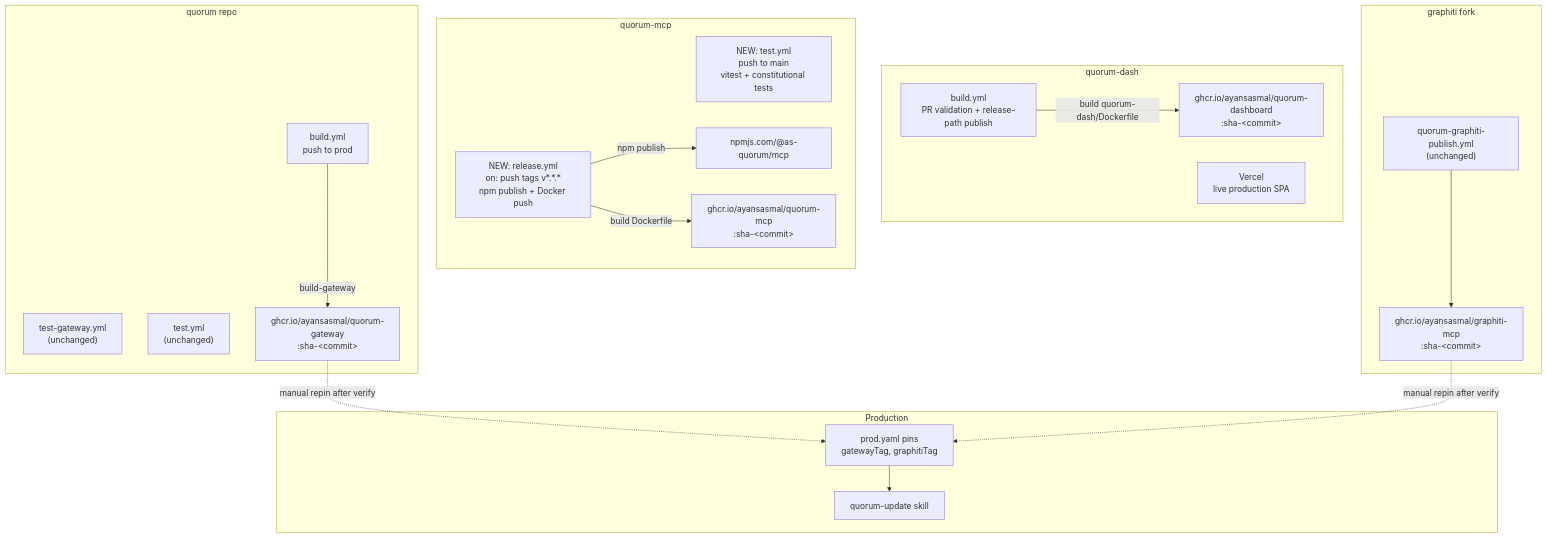
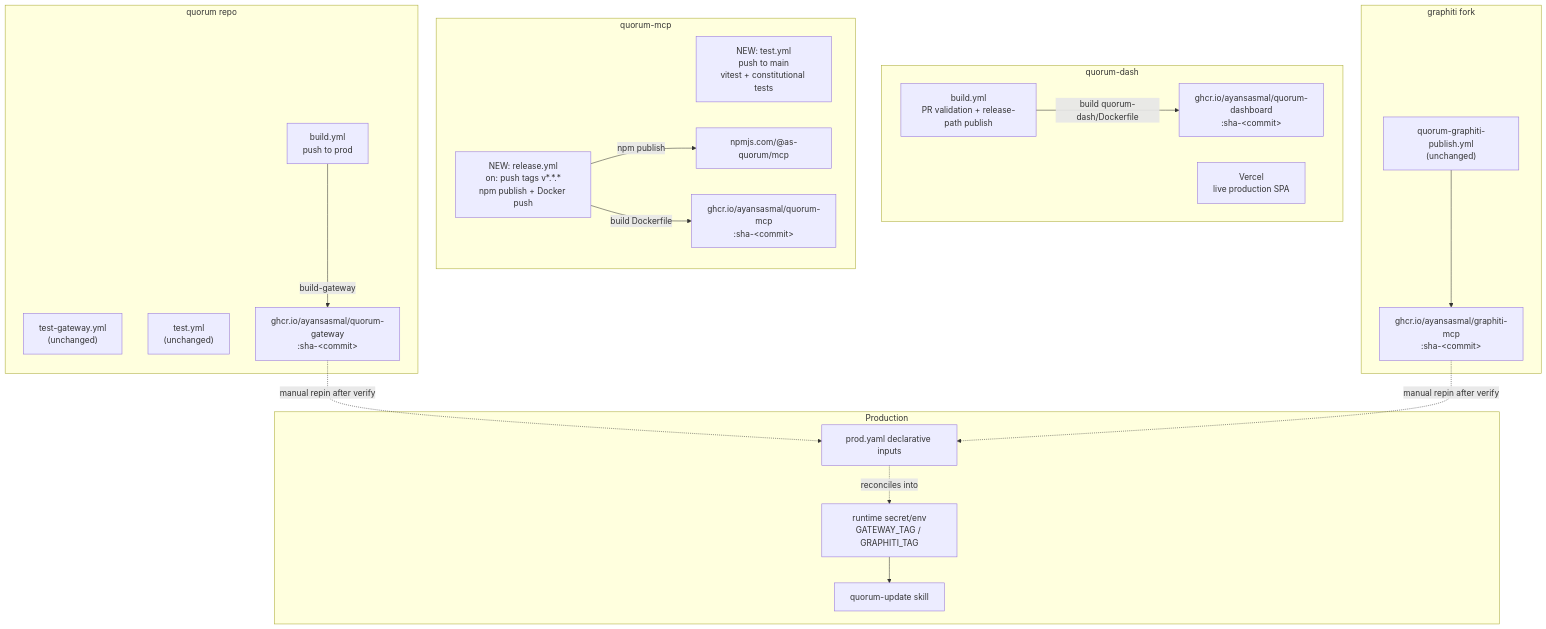
Before and after one commit to ayansasmal/quorum: the third of 6 diagrams in docs/CICD-DEPLOYMENT.md, drawn with Mermaid. The commit also changed other lines of this file and 1 other file, not shown here.

Commit message:
docs: clarify runtime deployment sources

````diff
--- a/docs/CICD-DEPLOYMENT.md
+++ b/docs/CICD-DEPLOYMENT.md
@@ -129,34 +131,36 @@
 ```mermaid
 flowchart TD
     subgraph quorum["quorum repo"]
         T1["test-gateway.yml\n(unchanged)"]
         T2["test.yml\n(unchanged)"]
         B1["build.yml\npush to prod"]
         B1 -->|"build-gateway"| GW_IMG["ghcr.io/ayansasmal/quorum-gateway\n:sha-&lt;commit&gt;"]
     end
 
     subgraph dash["quorum-dash"]
         DCI["build.yml\nPR validation + release-path publish"]
         DCI -->|"build quorum-dash/Dockerfile"| DASH_IMG["ghcr.io/ayansasmal/quorum-dashboard\n:sha-&lt;commit&gt;"]
         VERCEL["Vercel\nlive production SPA"]
     end
 
     subgraph mcp["quorum-mcp"]
         MCI_TEST["NEW: test.yml\npush to main\nvitest + constitutional tests"]
         MCI_REL["NEW: release.yml\non: push tags v*.*.*\nnpm publish + Docker push"]
         MCI_REL -->|"npm publish"| NPM["npmjs.com/@as-quorum/mcp"]
         MCI_REL -->|"build Dockerfile"| MCP_IMG["ghcr.io/ayansasmal/quorum-mcp\n:sha-&lt;commit&gt;"]
     end
 
     subgraph fork["graphiti fork"]
         FCI["quorum-graphiti-publish.yml\n(unchanged)"]
         FCI --> GR_IMG["ghcr.io/ayansasmal/graphiti-mcp\n:sha-&lt;commit&gt;"]
     end
 
     subgraph prod["Production"]
-        PIN["prod.yaml pins\ngatewayTag, graphitiTag"]
+        DECL["prod.yaml declarative inputs"]
+        PIN["runtime secret/env\nGATEWAY_TAG / GRAPHITI_TAG"]
         SKILL["quorum-update skill"]
-        GW_IMG & GR_IMG -.->|"manual repin after verify"| PIN
+        GW_IMG & GR_IMG -.->|"manual repin after verify"| DECL
+        DECL -.->|"reconciles into"| PIN
         PIN --> SKILL
     end
 ```
````
